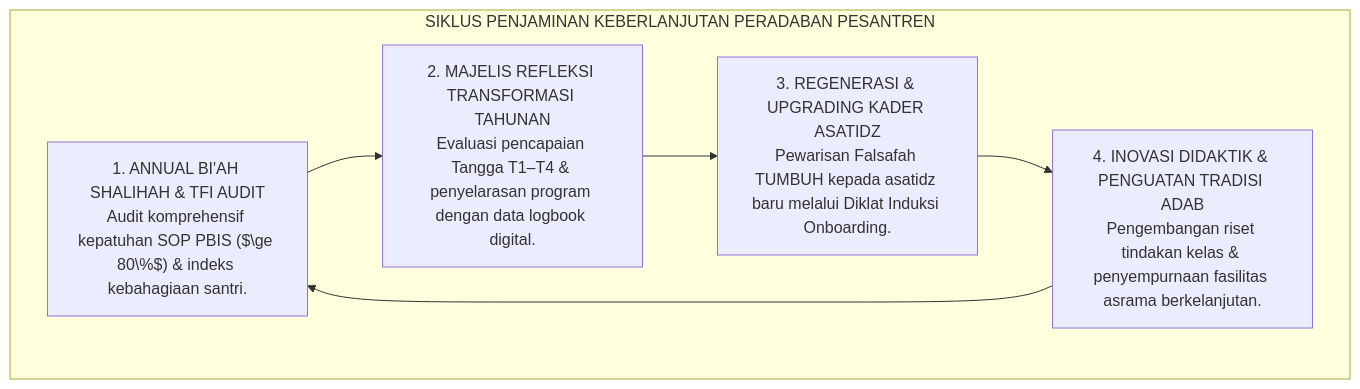
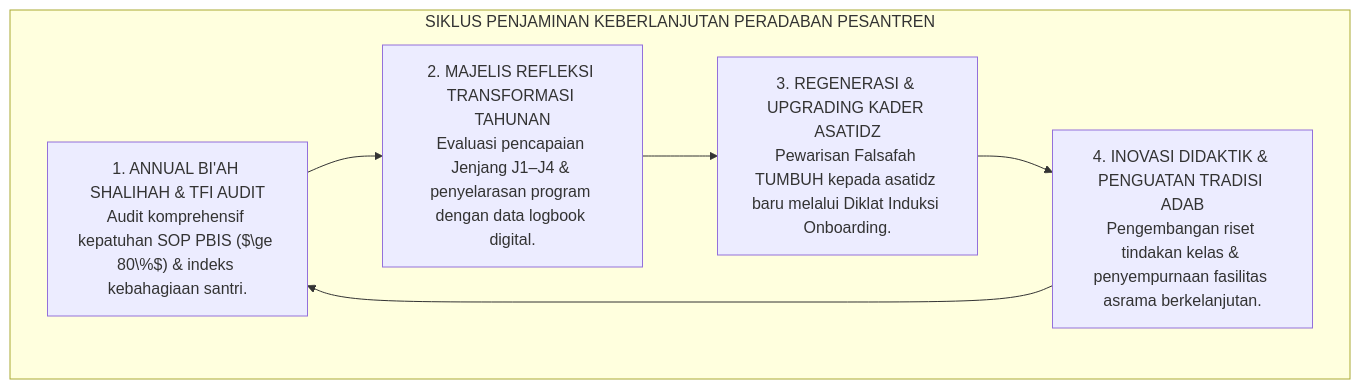
Before and after one commit to wandiapriliyandi/tumbuh: the fourth of 4 diagrams in 01 Philosophy/06 Change/P1-06-07-Sintesis-Dinamika-Perubahan-TUMBUH.md, drawn with Mermaid. The commit also changed other lines of this file and 209 other files, not shown here.

````diff
--- a/01 Philosophy/06 Change/P1-06-07-Sintesis-Dinamika-Perubahan-TUMBUH.md
+++ b/01 Philosophy/06 Change/P1-06-07-Sintesis-Dinamika-Perubahan-TUMBUH.md
@@ -175,14 +175,14 @@
 ```mermaid
 flowchart TD
     subgraph SiklusKeberlanjutanPeradaban["SIKLUS PENJAMINAN KEBERLANJUTAN PERADABAN PESANTREN"]
         AuditBudaya["1. ANNUAL BI'AH SHALIHAH & TFI AUDIT<br/>Audit komprehensif kepatuhan SOP PBIS ($\ge 80\%$) & indeks kebahagiaan santri."]
         
-        RefleksiTahunan["2. MAJELIS REFLEKSI TRANSFORMASI TAHUNAN<br/>Evaluasi pencapaian Tangga T1–T4 & penyelarasan program dengan data logbook digital."]
+        RefleksiTahunan["2. MAJELIS REFLEKSI TRANSFORMASI TAHUNAN<br/>Evaluasi pencapaian Jenjang J1–J4 & penyelarasan program dengan data logbook digital."]
         
         KaderisasiPendidik["3. REGENERASI & UPGRADING KADER ASATIDZ<br/>Pewarisan Falsafah TUMBUH kepada asatidz baru melalui Diklat Induksi Onboarding."]
         
         InovasiBerkelanjutan["4. INOVASI DIDAKTIK & PENGUATAN TRADISI ADAB<br/>Pengembangan riset tindakan kelas & penyempurnaan fasilitas asrama berkelanjutan."]
         
         AuditBudaya --> RefleksiTahunan --> KaderisasiPendidik --> InovasiBerkelanjutan --> AuditBudaya
     end
 ```
````
